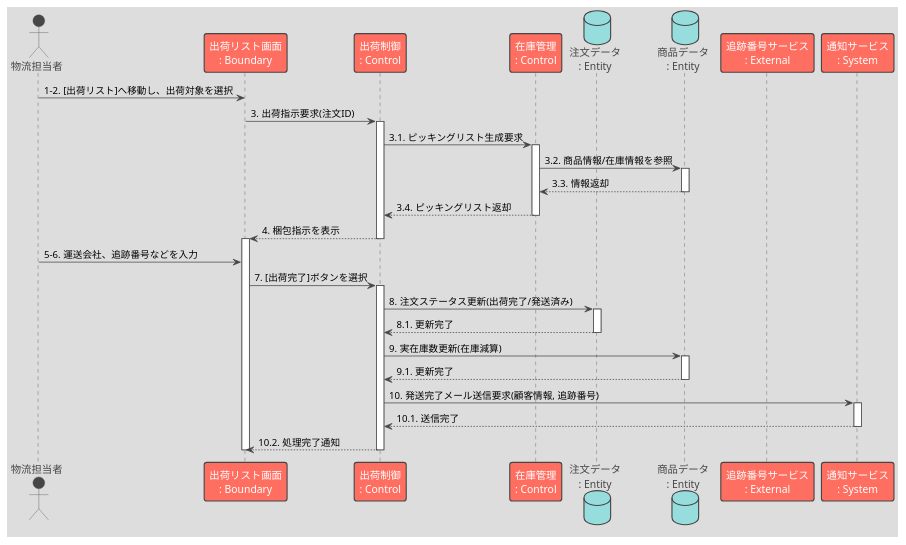
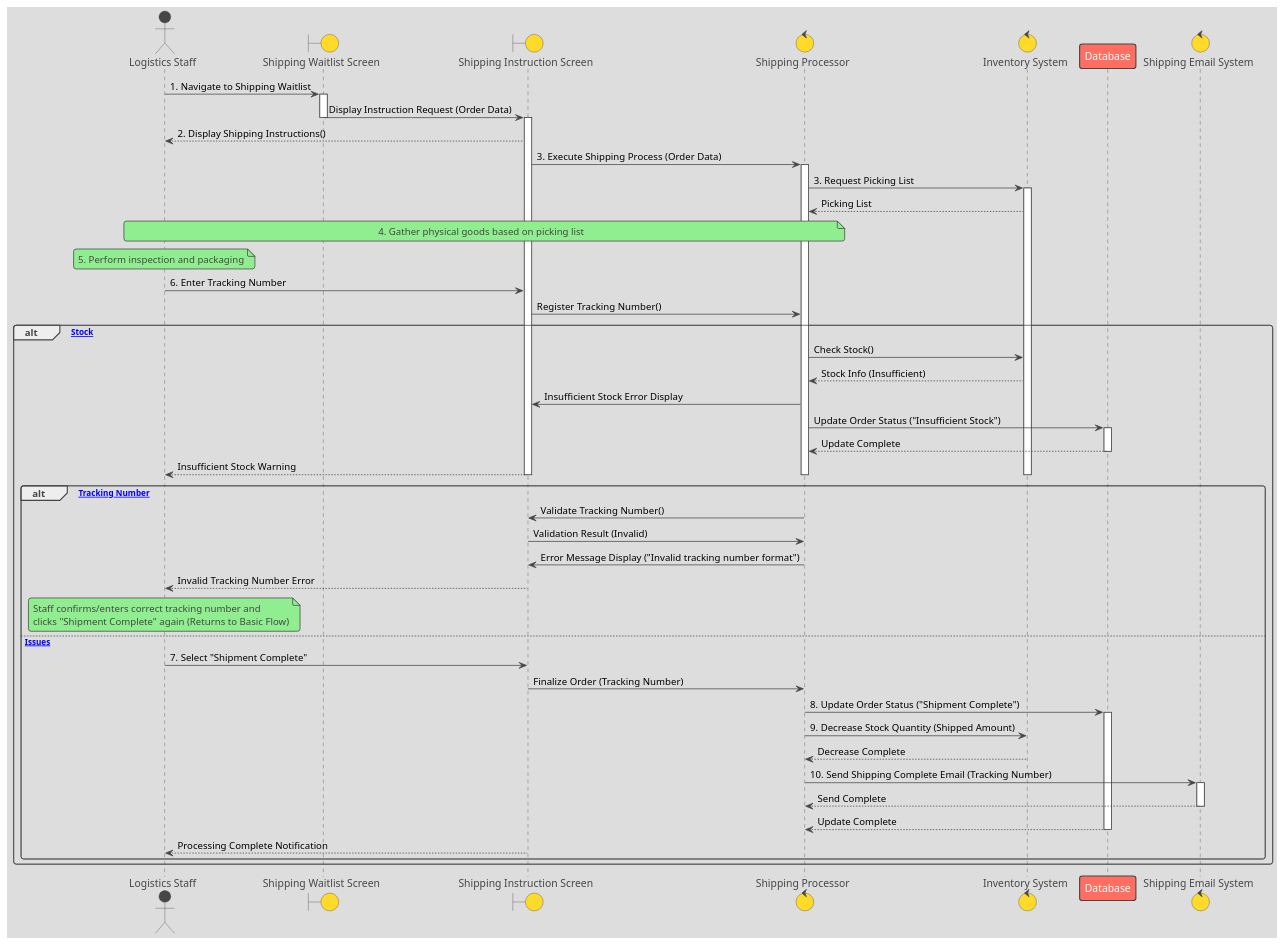
The diagram in Sequence_Shipment preparation.pu (mameiku/group3-4), drawn with PlantUML before and after one commit. The commit also changed 1 other file, not shown here.

```diff
--- a/Sequence_Shipment preparation.pu
+++ b/Sequence_Shipment preparation.pu
@@ -1,57 +1,114 @@
-@startuml .
+@startuml ShippingPreparationSequenceDiagram
 !theme toy
 
-actor 物流担当者
-participant "出荷リスト画面\n: Boundary" as Boundary_List
-participant "出荷制御\n: Control" as Control_Shipping
-participant "在庫管理\n: Control" as Control_Stock
-database "注文データ\n: Entity" as Entity_Order
-database "商品データ\n: Entity" as Entity_Product
-participant "追跡番号サービス\n: External" as External_Tracking
-participant "通知サービス\n: System" as Service_Notification
+' ====================================================================
+' Participant Definitions (Based on Use Case Description)
+' ====================================================================
+actor LogisticsStaff as "Logistics Staff"
+boundary ShippingListScreen as "Shipping Waitlist Screen"
+boundary ShippingInstructionScreen as "Shipping Instruction Screen"
+control ShippingProcessor as "Shipping Processor"
+control InventorySystem as "Inventory System"
+participant Database as "Database" 
+control MailSystem as "Shipping Email System"
 
-' 1-2. 出荷指示の選択
-物流担当者 -> Boundary_List : 1-2. [出荷リスト]へ移動し、出荷対象を選択
+' ====================================================================
+' Basic Flow
+' ====================================================================
 
-' 3-4. ピッキングリスト生成とピッキング作業（物理作業は省略）
-Boundary_List -> Control_Shipping : 3. 出荷指示要求(注文ID)
-activate Control_Shipping
-Control_Shipping -> Control_Stock : 3.1. ピッキングリスト生成要求
-activate Control_Stock
-Control_Stock -> Entity_Product : 3.2. 商品情報/在庫情報を参照
-activate Entity_Product
-Entity_Product --> Control_Stock : 3.3. 情報返却
-deactivate Entity_Product
-Control_Stock --> Control_Shipping : 3.4. ピッキングリスト返却
-deactivate Control_Stock
+' 1. Logistics staff navigates from the management screen to the "Shipping Waitlist".
+LogisticsStaff -> ShippingListScreen : 1. Navigate to Shipping Waitlist
+activate ShippingListScreen
 
-' 5-6. 梱包・運送会社情報の入力
-Control_Shipping --> Boundary_List : 4. 梱包指示を表示
-deactivate Control_Shipping
-activate Boundary_List
-物流担当者 -> Boundary_List : 5-6. 運送会社、追跡番号などを入力
-Boundary_List -> Control_Shipping : 7. [出荷完了]ボタンを選択
-activate Control_Shipping
+' 2. The system selects an order awaiting shipment and displays "Shipping Instructions".
+ShippingListScreen -> ShippingInstructionScreen : Display Instruction Request (Order Data)
+deactivate ShippingListScreen
+activate ShippingInstructionScreen
 
-' 8. 注文ステータスの更新
-Control_Shipping -> Entity_Order : 8. 注文ステータス更新(出荷完了/発送済み)
-activate Entity_Order
-Entity_Order --> Control_Shipping : 8.1. 更新完了
-deactivate Entity_Order
+ShippingInstructionScreen --> LogisticsStaff : 2. Display Shipping Instructions()
 
-' 9. 在庫数の更新（在庫引当解除 + 実在庫減算）
-Control_Shipping -> Entity_Product : 9. 実在庫数更新(在庫減算)
-activate Entity_Product
-Entity_Product --> Control_Shipping : 9.1. 更新完了
-deactivate Entity_Product
+' 3. The system executes the shipping process based on the order and creates a picking list.
+ShippingInstructionScreen -> ShippingProcessor : 3. Execute Shipping Process (Order Data)
+activate ShippingProcessor
 
-' 10. 追跡番号メールの自動送信
-Control_Shipping -> Service_Notification : 10. 発送完了メール送信要求(顧客情報, 追跡番号)
-activate Service_Notification
-Service_Notification --> Control_Shipping : 10.1. 送信完了
-deactivate Service_Notification
+ShippingProcessor -> InventorySystem : 3. Request Picking List
+activate InventorySystem
+InventorySystem --> ShippingProcessor : Picking List
 
-Control_Shipping --> Boundary_List : 10.2. 処理完了通知
-deactivate Control_Shipping
-deactivate Boundary_List
+' 4. The actor gathers physical goods from the warehouse based on the picking list.
+Note over LogisticsStaff, ShippingProcessor : 4. Gather physical goods based on picking list
+
+' 5. The actor inspects and packs the goods.
+Note over LogisticsStaff : 5. Perform inspection and packaging
+
+' 6. The actor issues the shipping slip and enters the tracking number into the system.
+LogisticsStaff -> ShippingInstructionScreen : 6. Enter Tracking Number
+ShippingInstructionScreen -> ShippingProcessor : Register Tracking Number()
+
+' --- Alternative Flow 1: Cannot ship due to insufficient stock (Fork at Basic Flow 3) ---
+alt [Insufficient Stock]
+    ' Basic Flow 3. System checks stock.
+    ShippingProcessor -> InventorySystem : Check Stock()
+    InventorySystem --> ShippingProcessor : Stock Info (Insufficient)
+    
+    ' Alt 1-1. System detects insufficient stock during processing.
+    ShippingProcessor -> ShippingInstructionScreen : Insufficient Stock Error Display
+    
+    ' Alt 1-2. System updates the order status to "Insufficient Stock".
+    ShippingProcessor -> Database : Update Order Status ("Insufficient Stock")
+    activate Database
+    Database --> ShippingProcessor : Update Complete
+    deactivate Database
+
+    ' Alt 1-3. Display warning message to the actor.
+    ShippingInstructionScreen --> LogisticsStaff : Insufficient Stock Warning
+
+    deactivate InventorySystem
+    deactivate ShippingProcessor
+    deactivate ShippingInstructionScreen
+
+' --- Alternative Flow 2: Invalid format for tracking number (Fork at Basic Flow 6) ---
+alt [Invalid Tracking Number]
+    ShippingProcessor -> ShippingInstructionScreen : Validate Tracking Number()
+    ShippingInstructionScreen -> ShippingProcessor : Validation Result (Invalid)
+
+    ' Alt 2-1. System displays an error message.
+    ShippingProcessor -> ShippingInstructionScreen : Error Message Display ("Invalid tracking number format")
+    deactivate ShippingProcessor
+    ShippingInstructionScreen --> LogisticsStaff : Invalid Tracking Number Error
+    
+    Note over LogisticsStaff : Staff confirms/enters correct tracking number and\nclicks "Shipment Complete" again (Returns to Basic Flow)
+    deactivate ShippingInstructionScreen
+    
+else [No Issues]
+    ' 7. The actor selects the "Shipment Complete" button.
+    LogisticsStaff -> ShippingInstructionScreen : 7. Select "Shipment Complete"
+    ShippingInstructionScreen -> ShippingProcessor : Finalize Order (Tracking Number)
+    
+    ' 8. The system updates the order status to "Shipment Complete".
+    ShippingProcessor -> Database : 8. Update Order Status ("Shipment Complete")
+    activate Database
+
+    ' 9. The system reduces the stock quantity of the shipped goods.
+    ShippingProcessor -> InventorySystem : 9. Decrease Stock Quantity (Shipped Amount)
+    InventorySystem --> ShippingProcessor : Decrease Complete
+    deactivate InventorySystem
+
+    ' 10. The system automatically sends a shipping completion email including the tracking number to the customer.
+    ShippingProcessor -> MailSystem : 10. Send Shipping Complete Email (Tracking Number)
+    activate MailSystem
+    MailSystem --> ShippingProcessor : Send Complete
+    deactivate MailSystem
+
+    Database --> ShippingProcessor : Update Complete
+    deactivate Database
+    
+    ' Post-condition: Update screen display and return to list.
+    deactivate ShippingProcessor
+    ShippingInstructionScreen --> LogisticsStaff : Processing Complete Notification
+    deactivate ShippingInstructionScreen
+
+end ' Close Alternative Flow 2 alt
+end ' Close Alternative Flow 1 alt
+
 @enduml
```
